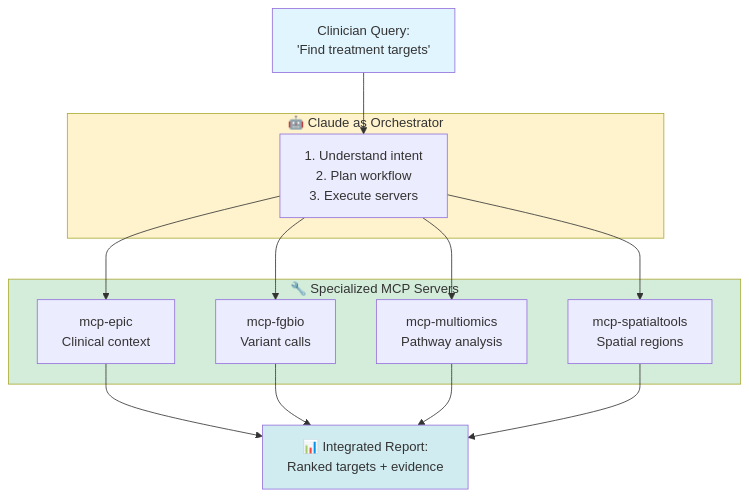
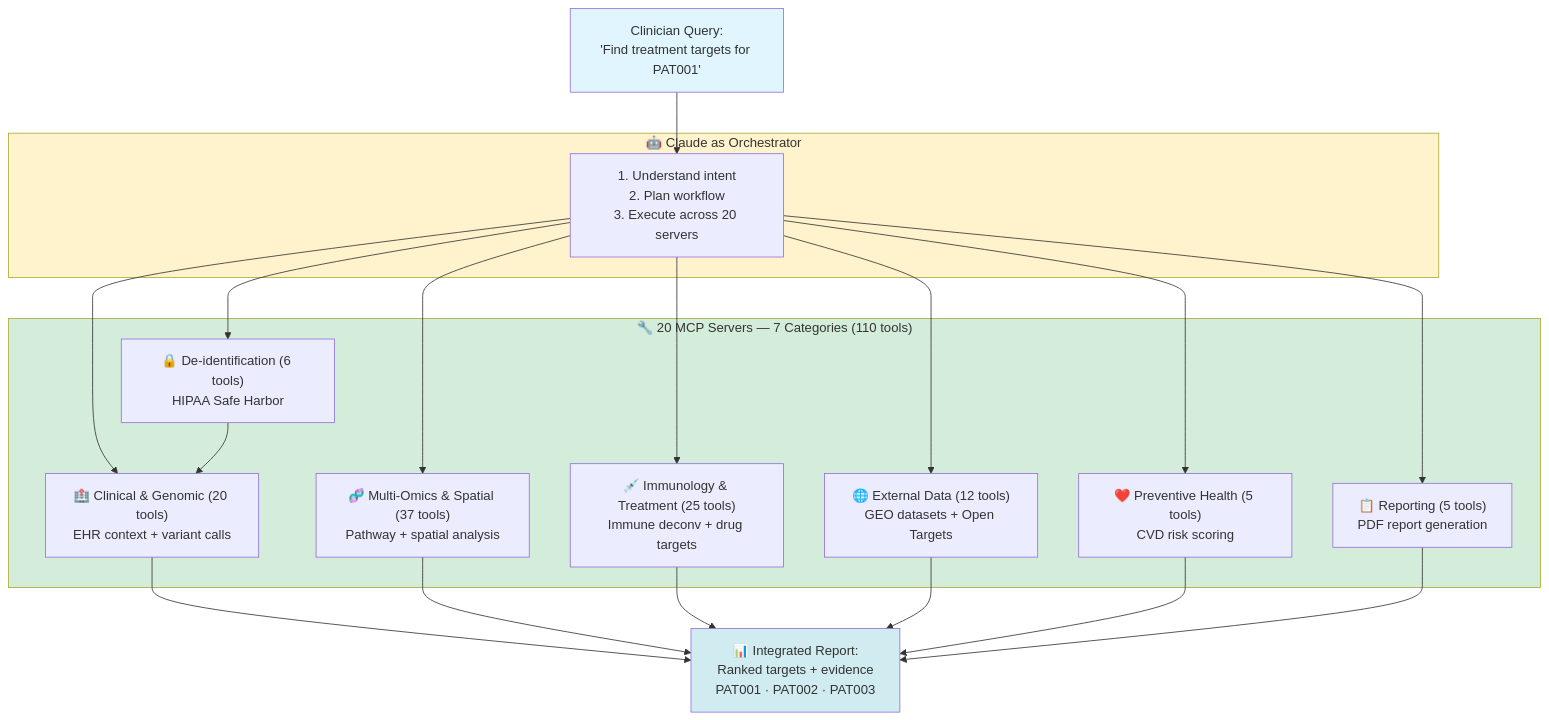
One commit to lynnlangit/spatial-mcp changed the first of 2 diagrams in docs/reference/architecture/WHY_MCP_FOR_HEALTHCARE.md. Above: the diagram before and after it, drawn with Mermaid. The commit also changed other lines of this file, not shown here.

Commit message:
Collapse WHY_MCP_FOR_HEALTHCARE diagram to 7 category nodes, expand expertise table
Match for-developers diagram pattern: 7 category nodes (20 servers/110
tools) replace 4 individual server nodes. Domain expertise table expanded
from 4 rows to 7 categories covering all servers. References PAT001-003.

````diff
--- a/docs/reference/architecture/WHY_MCP_FOR_HEALTHCARE.md
+++ b/docs/reference/architecture/WHY_MCP_FOR_HEALTHCARE.md
@@ -67,32 +67,41 @@
 ```mermaid
 graph TD
-    USER[Clinician Query:<br/>'Find treatment targets']
+    USER["Clinician Query:<br/>'Find treatment targets for PAT001'"]
 
     subgraph Claude["🤖 Claude as Orchestrator"]
-        PLAN[1. Understand intent<br/>2. Plan workflow<br/>3. Execute servers]
+        PLAN["1. Understand intent<br/>2. Plan workflow<br/>3. Execute across 20 servers"]
     end
 
-    subgraph Servers["🔧 Specialized MCP Servers"]
-        CLINICAL[mcp-epic<br/>Clinical context]
-        GENOMIC[mcp-fgbio<br/>Variant calls]
-        MULTIOMICS[mcp-multiomics<br/>Pathway analysis]
-        SPATIAL[mcp-spatialtools<br/>Spatial regions]
+    subgraph Servers["🔧 20 MCP Servers — 7 Categories (110 tools)"]
+        STAGE0["🔒 De-identification (6 tools)<br/>HIPAA Safe Harbor"]
+        CLINICAL["🏥 Clinical & Genomic (20 tools)<br/>EHR context + variant calls"]
+        OMICS["🧬 Multi-Omics & Spatial (37 tools)<br/>Pathway + spatial analysis"]
+        IMMUNO["💉 Immunology & Treatment (25 tools)<br/>Immune deconv + drug targets"]
+        EXTDATA["🌐 External Data (12 tools)<br/>GEO datasets + Open Targets"]
+        PREVENT["❤️ Preventive Health (5 tools)<br/>CVD risk scoring"]
+        REPORT["📋 Reporting (5 tools)<br/>PDF report generation"]
     end
 
-    RESULT[📊 Integrated Report:<br/>Ranked targets + evidence]
+    RESULT["📊 Integrated Report:<br/>Ranked targets + evidence<br/>PAT001 · PAT002 · PAT003"]
 
     USER --> PLAN
+    PLAN --> STAGE0
     PLAN --> CLINICAL
-    PLAN --> GENOMIC
-    PLAN --> MULTIOMICS
-    PLAN --> SPATIAL
+    PLAN --> OMICS
+    PLAN --> IMMUNO
+    PLAN --> EXTDATA
+    PLAN --> PREVENT
+    PLAN --> REPORT
+    STAGE0 --> CLINICAL
     CLINICAL --> RESULT
-    GENOMIC --> RESULT
-    MULTIOMICS --> RESULT
-    SPATIAL --> RESULT
+    OMICS --> RESULT
+    IMMUNO --> RESULT
+    EXTDATA --> RESULT
+    PREVENT --> RESULT
+    REPORT --> RESULT
 
     style USER fill:#e1f5ff
     style Claude fill:#fff3cd
     style Servers fill:#d4edda
     style RESULT fill:#d1ecf1
 ```
````
